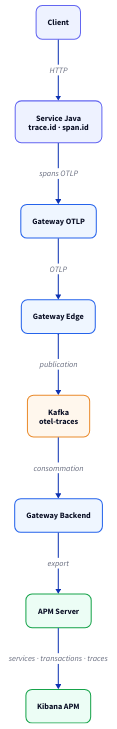
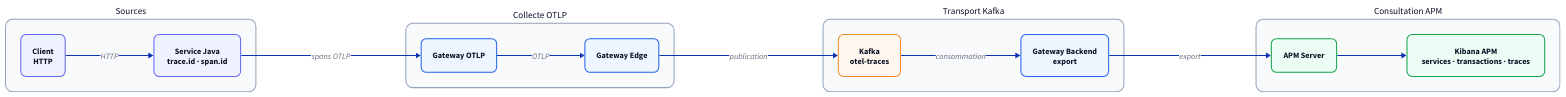
One commit to elkouhen/systemlens-observability-lab changed the diagram in architecture/slides/diagrams/traces.d2. Above: the diagram before and after it, drawn with D2. The commit also changed 31 other files, not shown here.

```diff
--- a/architecture/slides/diagrams/traces.d2
+++ b/architecture/slides/diagrams/traces.d2
@@ -1,24 +1,50 @@
-direction: down
+direction: right
+
 classes: {
-  source: {style.fill: "#eef2ff"; style.stroke: "#6366f1"; style.border-radius: 12}
-  gateway: {style.fill: "#eff6ff"; style.stroke: "#2563eb"; style.border-radius: 12}
-  transport: {style.fill: "#fff7ed"; style.stroke: "#ea8b2d"; style.border-radius: 12}
-  store: {style.fill: "#ecfdf5"; style.stroke: "#16a34a"; style.border-radius: 12}
+  lane: {
+    style.fill: "#f8fafc"
+    style.stroke: "#94a3b8"
+    style.border-radius: 14
+    style.font-size: 18
+  }
+  source: {style.fill: "#eef2ff"; style.stroke: "#6366f1"; style.border-radius: 10}
+  gateway: {style.fill: "#eff6ff"; style.stroke: "#2563eb"; style.border-radius: 10}
+  transport: {style.fill: "#fff7ed"; style.stroke: "#ea8b2d"; style.border-radius: 10}
+  store: {style.fill: "#ecfdf5"; style.stroke: "#16a34a"; style.border-radius: 10}
 }
 
-client: "Client" {class: source}
-service: "Service Java\ntrace.id · span.id" {class: source}
-gateway: "Gateway OTLP" {class: gateway}
-edge: "Gateway Edge" {class: gateway}
-kafka: "Kafka\notel-traces" {class: transport}
-backend: "Gateway Backend" {class: gateway}
-apm: "APM Server" {class: store}
-kibana: "Kibana APM" {class: store}
+sources: "Sources" {
+  class: lane
+  direction: down
+  client: "Client\nHTTP" {class: source}
+  service: "Service Java\ntrace.id · span.id" {class: source}
+}
 
-client -> service: "HTTP"
-service -> gateway: "spans OTLP"
-gateway -> edge: "OTLP"
-edge -> kafka: "publication"
-kafka -> backend: "consommation"
-backend -> apm: "export"
-apm -> kibana: "services · transactions · traces"
+collect: "Collecte OTLP" {
+  class: lane
+  direction: down
+  gateway: "Gateway OTLP" {class: gateway}
+  edge: "Gateway Edge" {class: gateway}
+}
+
+transport: "Transport Kafka" {
+  class: lane
+  direction: down
+  kafka: "Kafka\notel-traces" {class: transport}
+  backend: "Gateway Backend\nexport" {class: gateway}
+}
+
+apm: "Consultation APM" {
+  class: lane
+  direction: down
+  server: "APM Server" {class: store}
+  kibana: "Kibana APM\nservices · transactions · traces" {class: store}
+}
+
+sources.client -> sources.service: "HTTP"
+sources.service -> collect.gateway: "spans OTLP"
+collect.gateway -> collect.edge: "OTLP"
+collect.edge -> transport.kafka: "publication"
+transport.kafka -> transport.backend: "consommation"
+transport.backend -> apm.server: "export"
+apm.server -> apm.kibana
```
